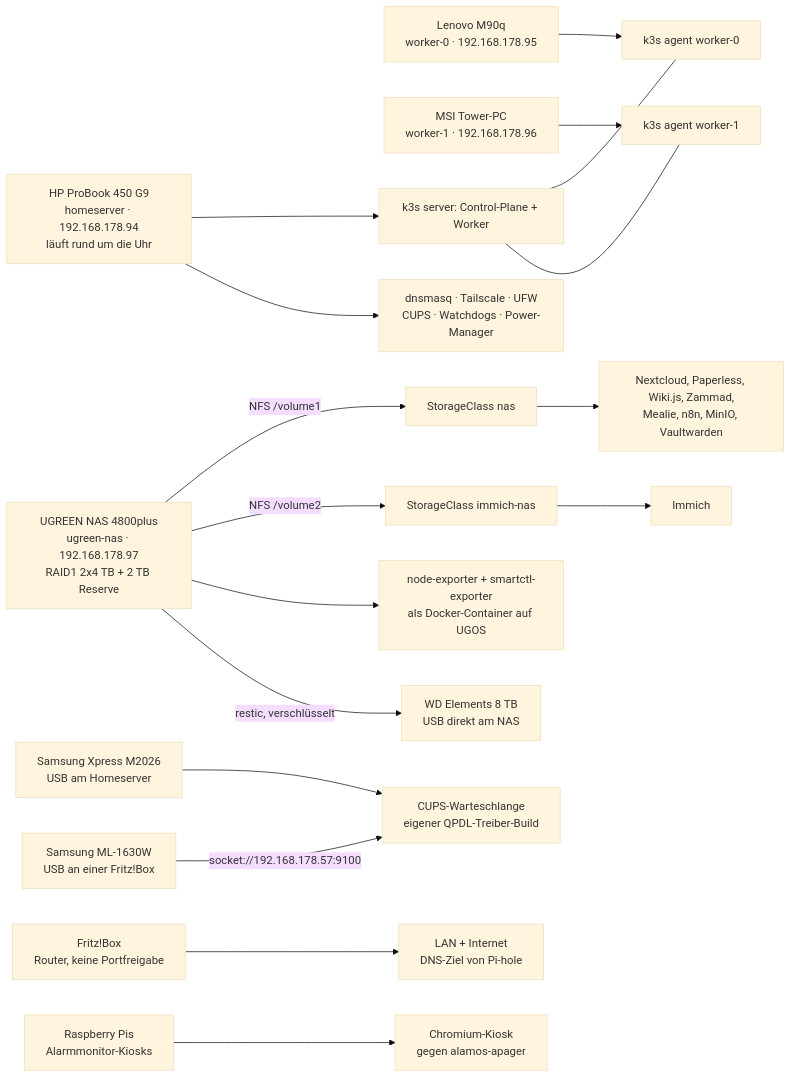
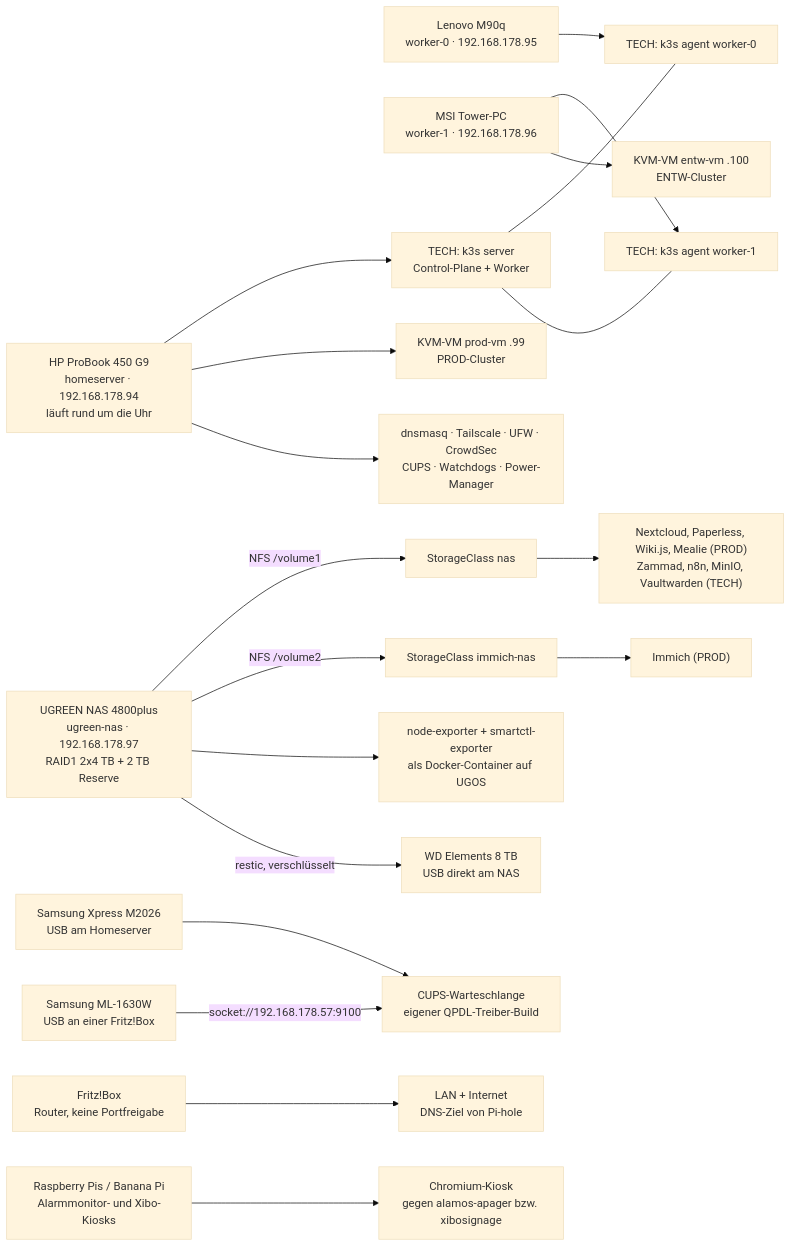
One commit to pkr-lab/capulus-core changed the third of 6 diagrams in docs/a-betriebssystem/a0010-overview.md. Above: the diagram before and after it, drawn with Mermaid (base theme). The commit also changed other lines of this file and 54 other files, not shown here.

First line of the commit message:
docs: Doku auf Multi-Cluster-Stand (ENTW/TECH/PROD) gebracht

````diff
--- a/docs/a-betriebssystem/a0010-overview.md
+++ b/docs/a-betriebssystem/a0010-overview.md
@@ -104,30 +170,32 @@
 ```mermaid
 flowchart LR
     HP["HP ProBook 450 G9<br/>homeserver · 192.168.178.94<br/>läuft rund um die Uhr"]
     LEN["Lenovo M90q<br/>worker-0 · 192.168.178.95"]
     MSI["MSI Tower-PC<br/>worker-1 · 192.168.178.96"]
     NAS["UGREEN NAS 4800plus<br/>ugreen-nas · 192.168.178.97<br/>RAID1 2x4 TB + 2 TB Reserve"]
     WD["WD Elements 8 TB<br/>USB direkt am NAS"]
     PR1["Samsung Xpress M2026<br/>USB am Homeserver"]
     PR2["Samsung ML-1630W<br/>USB an einer Fritz!Box"]
     FB["Fritz!Box<br/>Router, keine Portfreigabe"]
-    PI["Raspberry Pis<br/>Alarmmonitor-Kiosks"]
+    PI["Raspberry Pis / Banana Pi<br/>Alarmmonitor- und Xibo-Kiosks"]
 
-    HP --> CP["k3s server: Control-Plane + Worker"]
-    HP --> HOST["dnsmasq · Tailscale · UFW<br/>CUPS · Watchdogs · Power-Manager"]
-    LEN --> AG0["k3s agent worker-0"]
-    MSI --> AG1["k3s agent worker-1"]
+    HP --> CP["TECH: k3s server<br/>Control-Plane + Worker"]
+    HP --> PVM["KVM-VM prod-vm .99<br/>PROD-Cluster"]
+    HP --> HOST["dnsmasq · Tailscale · UFW · CrowdSec<br/>CUPS · Watchdogs · Power-Manager"]
+    LEN --> AG0["TECH: k3s agent worker-0"]
+    MSI --> AG1["TECH: k3s agent worker-1"]
+    MSI --> EVM["KVM-VM entw-vm .100<br/>ENTW-Cluster"]
     NAS -->|"NFS /volume1"| SC1["StorageClass nas"]
     NAS -->|"NFS /volume2"| SC2["StorageClass immich-nas"]
     NAS --> EXP["node-exporter + smartctl-exporter<br/>als Docker-Container auf UGOS"]
     NAS -->|"restic, verschlüsselt"| WD
     PR1 --> CUPS["CUPS-Warteschlange<br/>eigener QPDL-Treiber-Build"]
     PR2 -->|"socket://192.168.178.57:9100"| CUPS
     FB --> LAN["LAN + Internet<br/>DNS-Ziel von Pi-hole"]
-    PI --> KIOSK["Chromium-Kiosk<br/>gegen alamos-apager"]
+    PI --> KIOSK["Chromium-Kiosk<br/>gegen alamos-apager bzw. xibosignage"]
 
     CP --- AG0
     CP --- AG1
-    SC1 --> APPS["Nextcloud, Paperless, Wiki.js, Zammad,<br/>Mealie, n8n, MinIO, Vaultwarden"]
-    SC2 --> IMM["Immich"]
+    SC1 --> APPS["Nextcloud, Paperless, Wiki.js, Mealie (PROD)<br/>Zammad, n8n, MinIO, Vaultwarden (TECH)"]
+    SC2 --> IMM["Immich (PROD)"]
 ```
````
